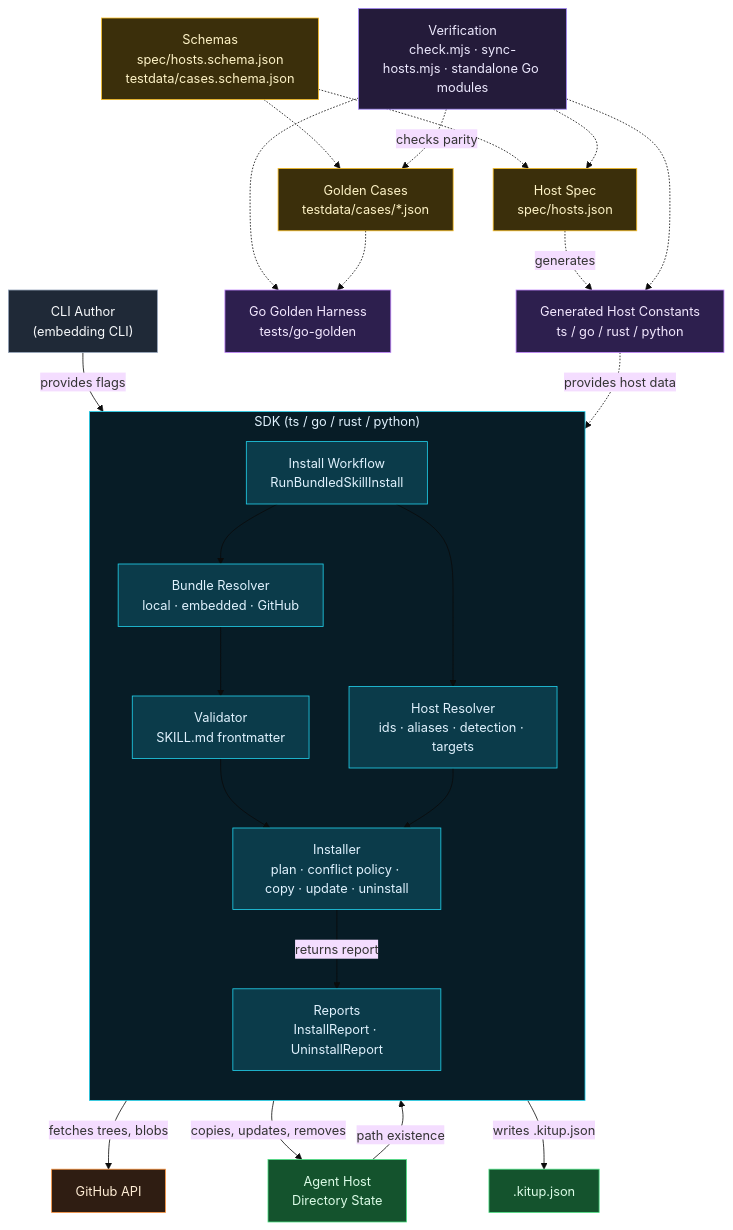
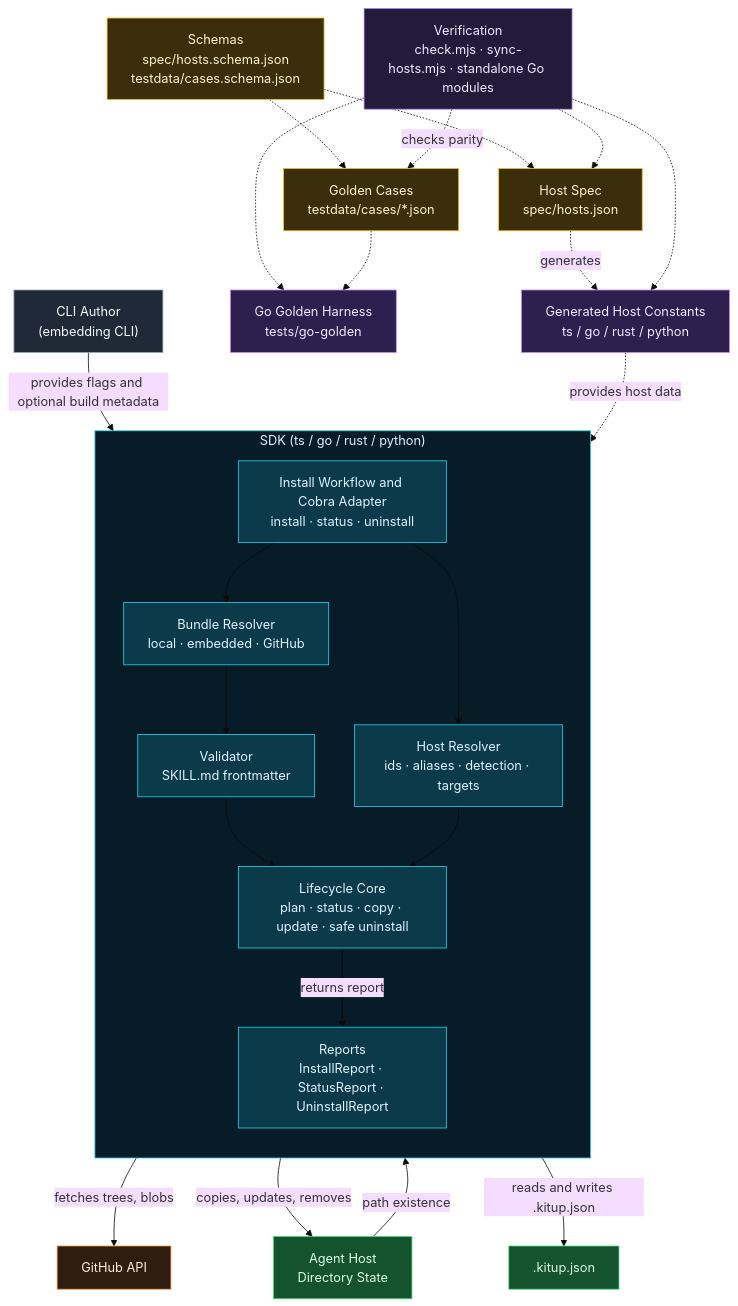
One commit to lathe-cli/kitup changed the diagram in docs/architecture.mmd. Above: the diagram before and after it, drawn with Mermaid (base theme). The commit also changed 22 other files, not shown here.

Commit message:
feat(sdk): add skill lifecycle status (#37)

```diff
--- a/docs/architecture.mmd
+++ b/docs/architecture.mmd
@@ -1,54 +1,54 @@
 flowchart TB
     AUTHOR["CLI Author\n(embedding CLI)"]:::actor
 
     subgraph SDK["SDK (ts / go / rust / python)"]
         direction TB
-        WORKFLOW["Install Workflow\nRunBundledSkillInstall"]:::execution
+        WORKFLOW["Install Workflow and Cobra Adapter\ninstall · status · uninstall"]:::execution
         BUNDLE["Bundle Resolver\nlocal · embedded · GitHub"]:::execution
         VALIDATE["Validator\nSKILL.md frontmatter"]:::execution
         HOST["Host Resolver\nids · aliases · detection · targets"]:::execution
-        INSTALL["Installer\nplan · conflict policy · copy · update · uninstall"]:::execution
-        REPORT["Reports\nInstallReport · UninstallReport"]:::execution
+        INSTALL["Lifecycle Core\nplan · status · copy · update · safe uninstall"]:::execution
+        REPORT["Reports\nInstallReport · StatusReport · UninstallReport"]:::execution
     end
 
     HOSTSPEC["Host Spec\nspec/hosts.json"]:::contract
     SCHEMAS["Schemas\nspec/hosts.schema.json\ntestdata/cases.schema.json"]:::contract
     CASES["Golden Cases\ntestdata/cases/*.json"]:::contract
     GOGOLDEN["Go Golden Harness\ntests/go-golden"]:::artifact
     GENHOSTS["Generated Host Constants\nts / go / rust / python"]:::artifact
     VERIFY["Verification\ncheck.mjs · sync-hosts.mjs · standalone Go modules"]:::control
     GITHUB["GitHub API"]:::external
     TARGETS["Agent Host\nDirectory State"]:::state
     METADATA[".kitup.json"]:::state
 
-    AUTHOR -->|"provides flags"| WORKFLOW
+    AUTHOR -->|"provides flags and optional build metadata"| WORKFLOW
     WORKFLOW --> BUNDLE
     WORKFLOW --> HOST
     BUNDLE --> VALIDATE
     BUNDLE -->|"fetches trees, blobs"| GITHUB
     GENHOSTS -.->|"provides host data"| HOST
     TARGETS -->|"path existence"| HOST
     VALIDATE --> INSTALL
     HOST --> INSTALL
     INSTALL -->|"copies, updates, removes"| TARGETS
-    INSTALL -->|"writes .kitup.json"| METADATA
+    INSTALL -->|"reads and writes .kitup.json"| METADATA
     INSTALL -->|"returns report"| REPORT
 
     SCHEMAS -.-> HOSTSPEC
     SCHEMAS -.-> CASES
     HOSTSPEC -.->|"generates"| GENHOSTS
     VERIFY -.-> HOSTSPEC
     VERIFY -.->|"checks parity"| CASES
     VERIFY -.-> GOGOLDEN
     CASES -.-> GOGOLDEN
     VERIFY -.-> GENHOSTS
 
     classDef actor fill:#1f2937,stroke:#94a3b8,color:#f8fafc,stroke-width:1px;
     classDef control fill:#241b3a,stroke:#a78bfa,color:#ede9fe,stroke-width:1px;
     classDef execution fill:#0b3b4a,stroke:#22d3ee,color:#e0f2fe,stroke-width:1px;
     classDef contract fill:#3b2f0b,stroke:#fbbf24,color:#fef3c7,stroke-width:1px;
     classDef artifact fill:#2d1f4e,stroke:#c084fc,color:#f3e8ff,stroke-width:1px;
     classDef state fill:#14532d,stroke:#4ade80,color:#dcfce7,stroke-width:1px;
     classDef external fill:#2f1d12,stroke:#fb923c,color:#ffedd5,stroke-width:1px;
 
     style SDK fill:#071c26,stroke:#22d3ee,color:#e0f2fe
```
